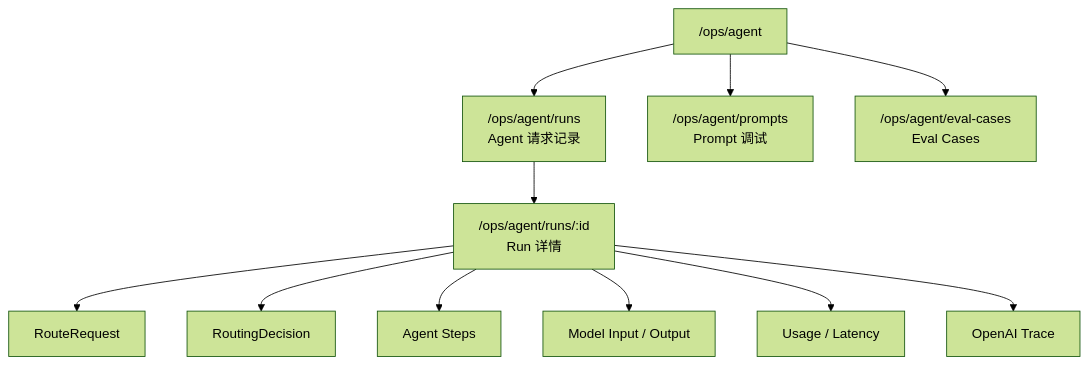
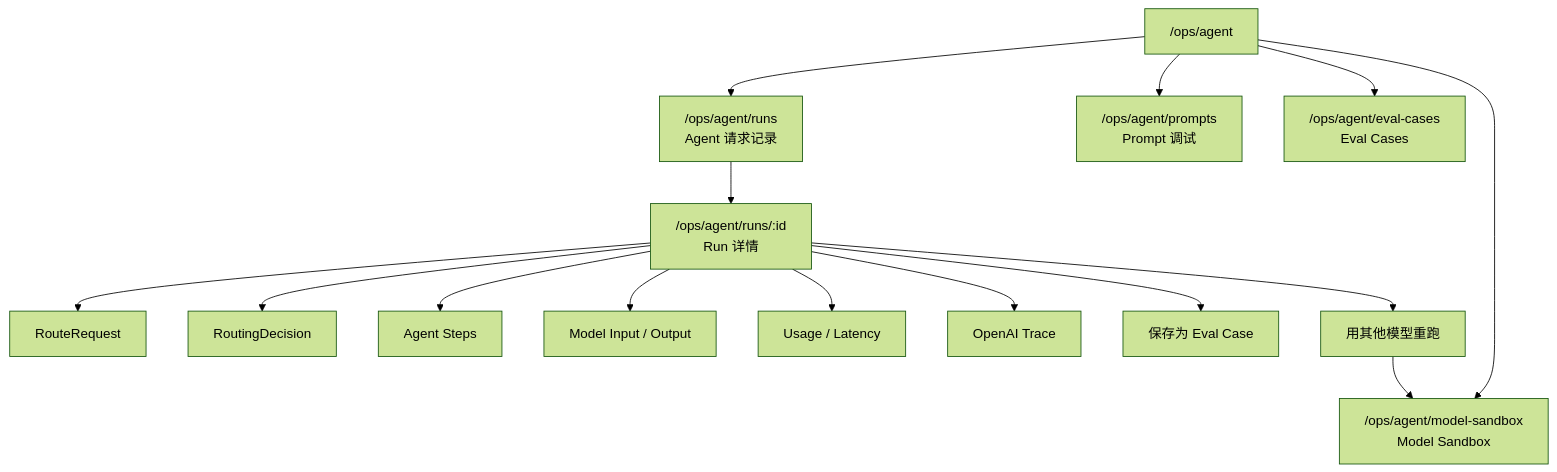
One commit to LiMing0016/personalenglishai changed the second of 2 diagrams in docs/agent/ai-debug-console.md. Above: the diagram before and after it, drawn with Mermaid (forest theme). The commit also changed other lines of this file and 5 other files, not shown here.

````diff
--- a/docs/agent/ai-debug-console.md
+++ b/docs/agent/ai-debug-console.md
@@ -79,14 +209,18 @@
 ```mermaid
 flowchart TB
   ROOT["/ops/agent"] --> RUNS["/ops/agent/runs<br/>Agent 请求记录"]
   ROOT --> PROMPTS["/ops/agent/prompts<br/>Prompt 调试"]
   ROOT --> CASES["/ops/agent/eval-cases<br/>Eval Cases"]
+  ROOT --> SANDBOX["/ops/agent/model-sandbox<br/>Model Sandbox"]
   RUNS --> DETAIL["/ops/agent/runs/:id<br/>Run 详情"]
 
   DETAIL --> ROUTE_REQ["RouteRequest"]
   DETAIL --> ROUTE_DECISION["RoutingDecision"]
   DETAIL --> STEPS["Agent Steps"]
   DETAIL --> MODEL_IO["Model Input / Output"]
   DETAIL --> USAGE["Usage / Latency"]
   DETAIL --> TRACE["OpenAI Trace"]
+  DETAIL --> SAVE_CASE["保存为 Eval Case"]
+  DETAIL --> REPLAY["用其他模型重跑"]
+  REPLAY --> SANDBOX
 ```
````
